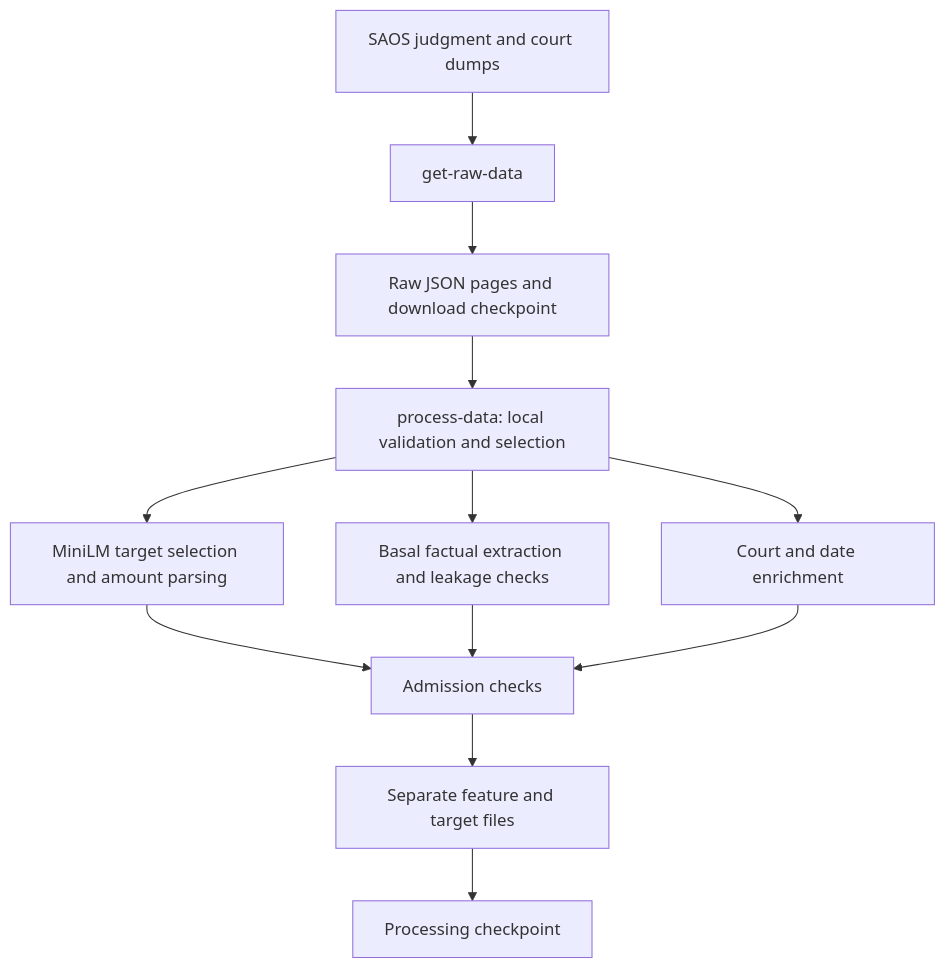
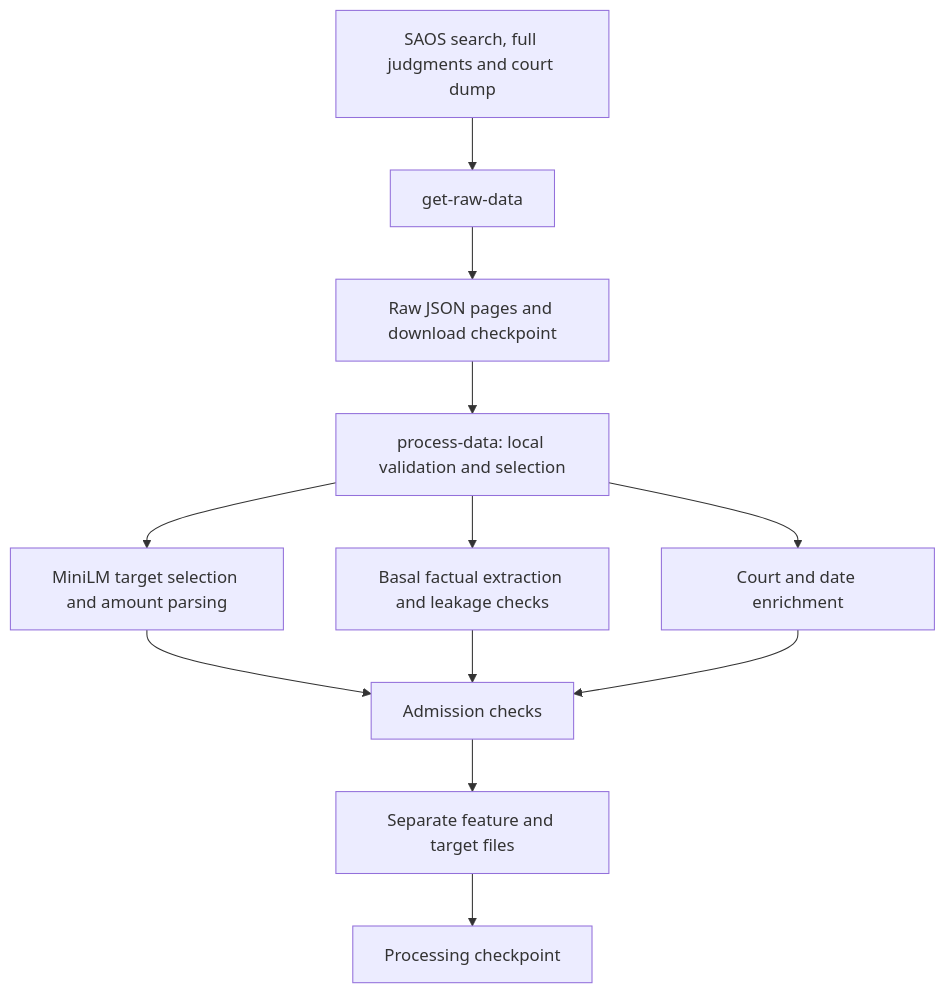
Before and after one commit to PDSa-PROJECT/saos-compensation: the diagram in docs/pipeline.md, drawn with Mermaid. The commit also changed other lines of this file and 15 other files, not shown here.

Commit message:
feat(acquisition): search compensation judgments before downloading sources

````diff
--- a/docs/pipeline.md
+++ b/docs/pipeline.md
@@ -11,14 +11,14 @@
 ```mermaid
 flowchart TD
-    A[SAOS judgment and court dumps] --> B[get-raw-data]
+    A[SAOS search, full judgments and court dump] --> B[get-raw-data]
     B --> C[Raw JSON pages and download checkpoint]
     C --> D[process-data: local validation and selection]
     D --> E[MiniLM target selection and amount parsing]
     D --> F[Basal factual extraction and leakage checks]
     D --> G[Court and date enrichment]
     E --> H[Admission checks]
     F --> H
     G --> H
     H --> I[Separate feature and target files]
     I --> J[Processing checkpoint]
 ```
````
